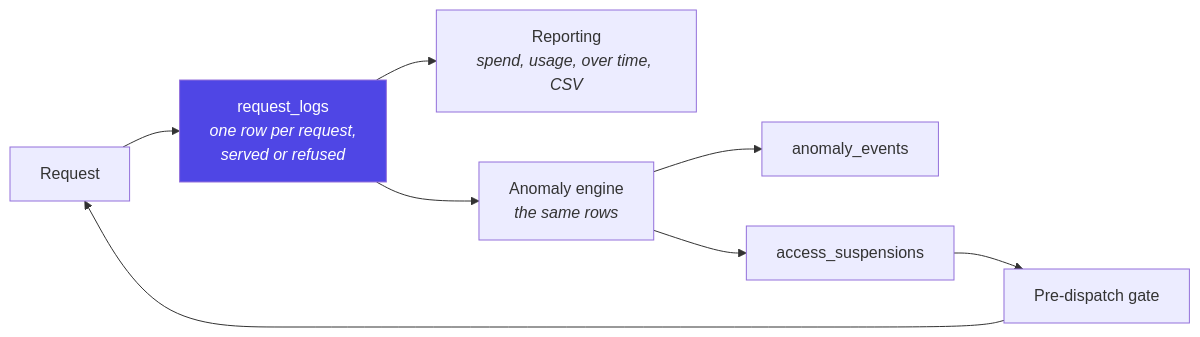
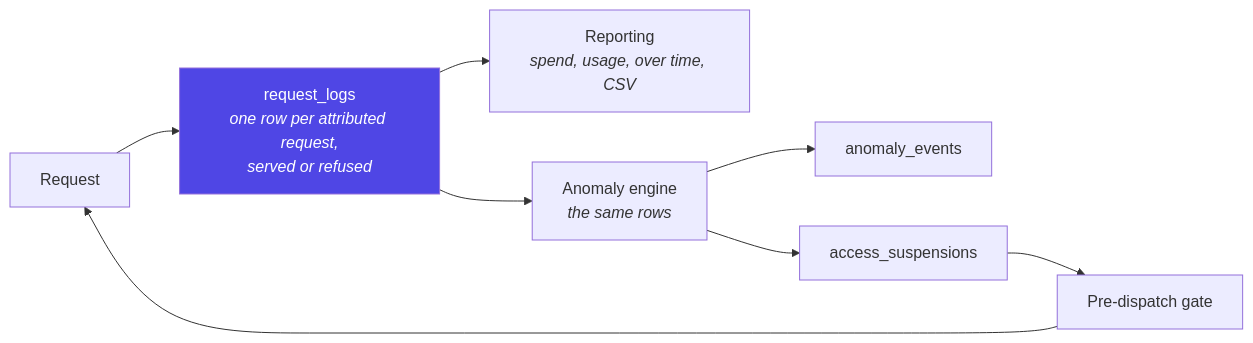
Before and after one commit to InigoImago/AIRA-Gateway: the eighth of 13 diagrams in docs/ARCHITECTURE.md, drawn with Mermaid. The commit also changed other lines of this file and 179 other files, not shown here.

````diff
--- a/docs/ARCHITECTURE.md
+++ b/docs/ARCHITECTURE.md
@@ -709,12 +848,12 @@
 ```mermaid
 graph LR
-    req["Request"] --> log["request_logs<br/><i>one row per request,<br/>served or refused</i>"]
+    req["Request"] --> log["request_logs<br/><i>one row per attributed request,<br/>served or refused</i>"]
     log --> report["Reporting<br/><i>spend, usage, over time, CSV</i>"]
     log --> detect["Anomaly engine<br/><i>the same rows</i>"]
     detect --> event["anomaly_events"]
     detect --> susp["access_suspensions"]
     susp --> gate["Pre-dispatch gate"]
     gate --> req
 
     style log fill:#4f46e5,color:#fff
 ```
````
